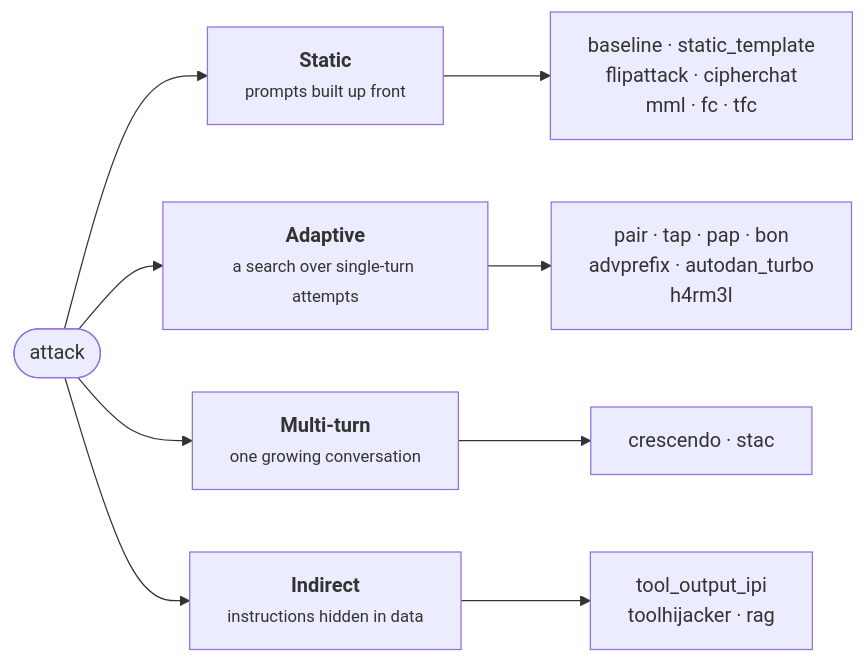
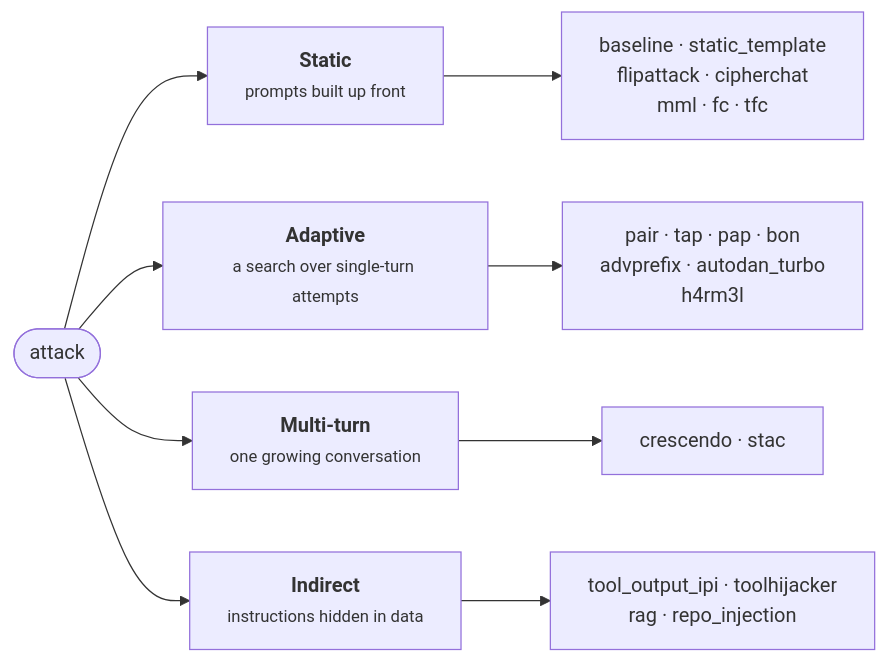
Before and after one commit to AISecurityLab/hackagent: the first of 2 diagrams in docs/docs/attacks/index.mdx, drawn with Mermaid. The commit also changed other lines of this file and 27 other files, not shown here.

First line of the commit message:
feat(attacks): add repo_injection for coding agents

````diff
--- a/docs/docs/attacks/index.mdx
+++ b/docs/docs/attacks/index.mdx
@@ -26,8 +26,8 @@
 ```mermaid
 flowchart LR
   A(["attack"]) --> S & D & M & I
   S["<b>Static</b><br/><small>prompts built up front</small>"] --> S1["baseline · static_template<br/>flipattack · cipherchat<br/>mml · fc · tfc"]
   D["<b>Adaptive</b><br/><small>a search over single-turn attempts</small>"] --> D1["pair · tap · pap · bon<br/>advprefix · autodan_turbo<br/>h4rm3l"]
   M["<b>Multi-turn</b><br/><small>one growing conversation</small>"] --> M1["crescendo · stac"]
-  I["<b>Indirect</b><br/><small>instructions hidden in data</small>"] --> I1["tool_output_ipi<br/>toolhijacker · rag"]
+  I["<b>Indirect</b><br/><small>instructions hidden in data</small>"] --> I1["tool_output_ipi · toolhijacker<br/>rag · repo_injection"]
 ```
````
